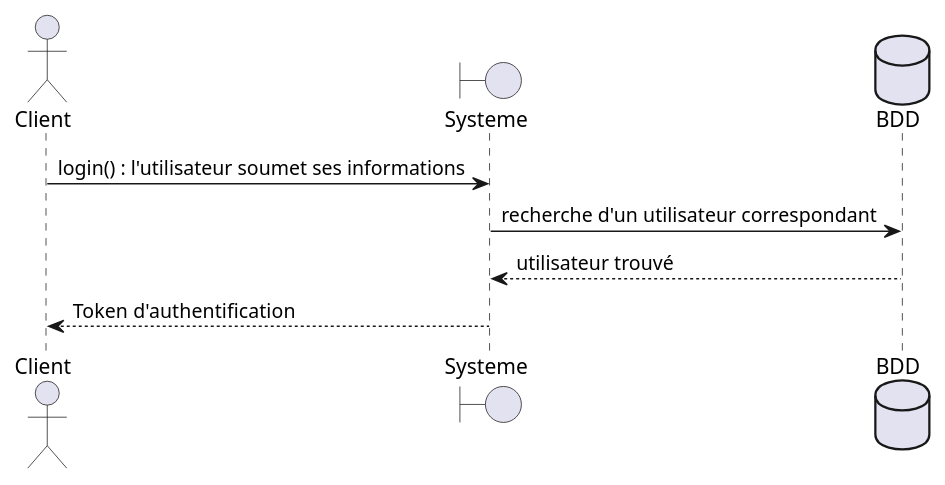
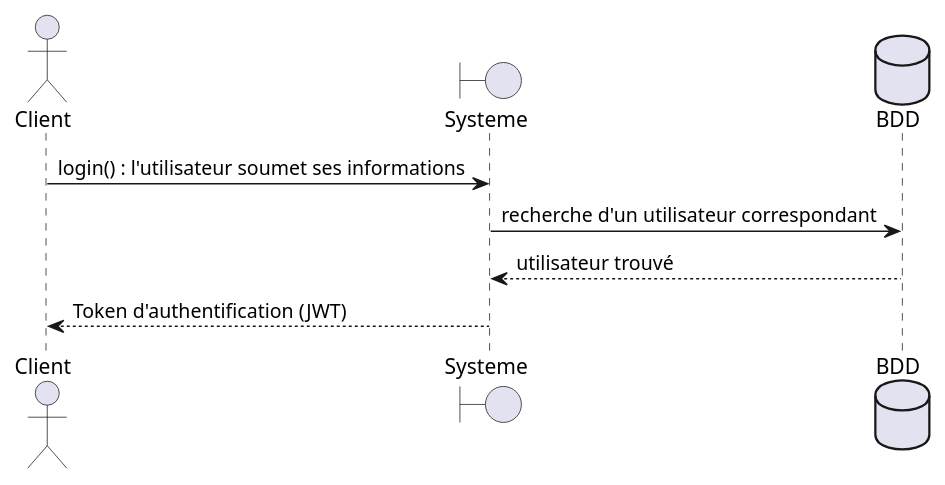
The diagram in uml/dds_authentification.plantuml (HaiseB/BileMo), drawn with PlantUML before and after one commit. The commit also changed 9 other files, not shown here.

Commit message:
#1 upload diagrams + modify token duration

```diff
--- a/uml/dds_authentification.plantuml
+++ b/uml/dds_authentification.plantuml
@@ -1,12 +1,12 @@
 @startuml authentification
 
 actor Client
 boundary Systeme
 database BDD
 
 Client -> Systeme: login() : l'utilisateur soumet ses informations
 Systeme -> BDD: recherche d'un utilisateur correspondant
 BDD --> Systeme : utilisateur trouvé
-Systeme --> Client: Token d'authentification
+Systeme --> Client: Token d'authentification (JWT)
 
 @enduml
```
